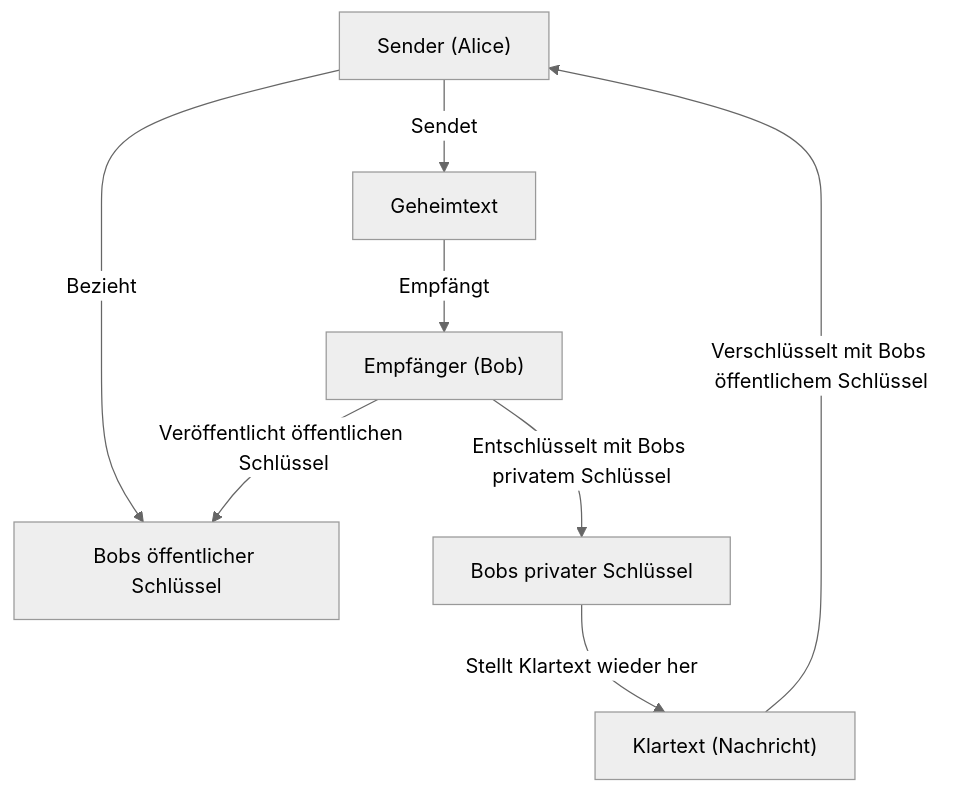
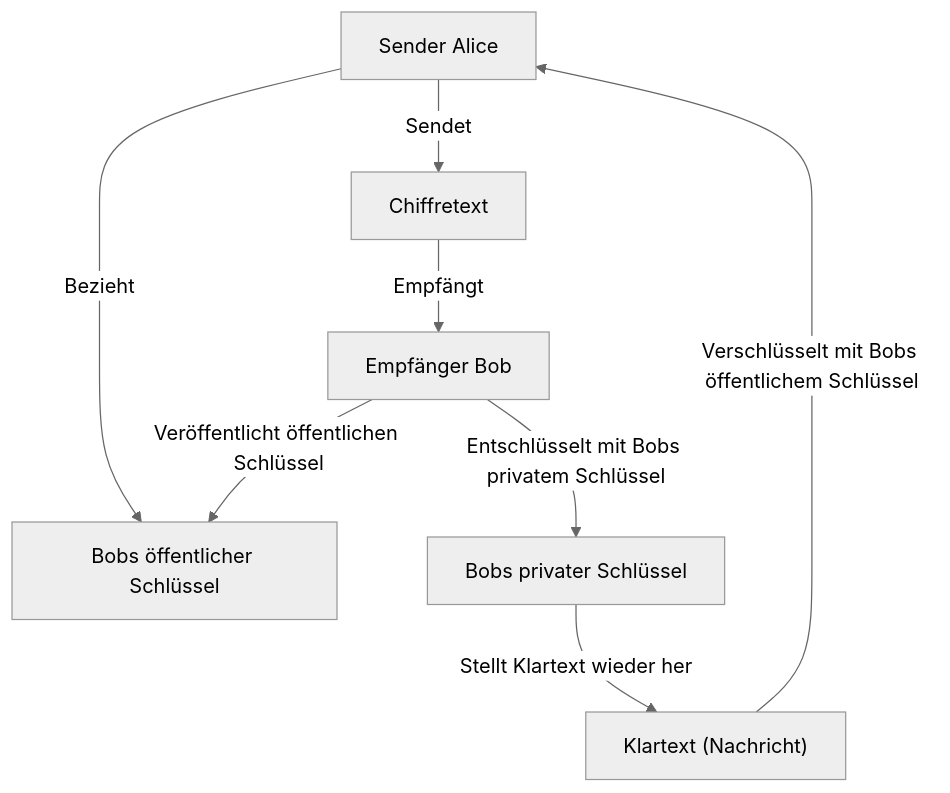
The first of 3 diagrams in content/post/modern-cryptography-public-key-hash-signature/index.de.md (kenjinote/blog), drawn with Mermaid (neutral theme) before and after one commit. The commit also changed other lines of this file and 5 other files, not shown here.

````diff
--- a/content/post/modern-cryptography-public-key-hash-signature/index.de.md
+++ b/content/post/modern-cryptography-public-key-hash-signature/index.de.md
@@ -37,17 +36,16 @@
 ```mermaid
 graph TD
-    A["Sender (Alice)"]
-    B["Empfänger (Bob)"]
+    A["Sender Alice"]
+    B["Empfänger Bob"]
     K_Pub["Bobs öffentlicher Schlüssel"]
     K_Priv["Bobs privater Schlüssel"]
     P["Klartext (Nachricht)"]
-    C["Geheimtext"]
-
+    C["Chiffretext"]
     B -->|"Veröffentlicht öffentlichen Schlüssel"| K_Pub
     A -->|"Bezieht"| K_Pub
     P -->|"Verschlüsselt mit Bobs öffentlichem Schlüssel"| A
     A -->|"Sendet"| C
     C -->|"Empfängt"| B
     B -->|"Entschlüsselt mit Bobs privatem Schlüssel"| K_Priv
     K_Priv -->|"Stellt Klartext wieder her"| P
 ```
````
